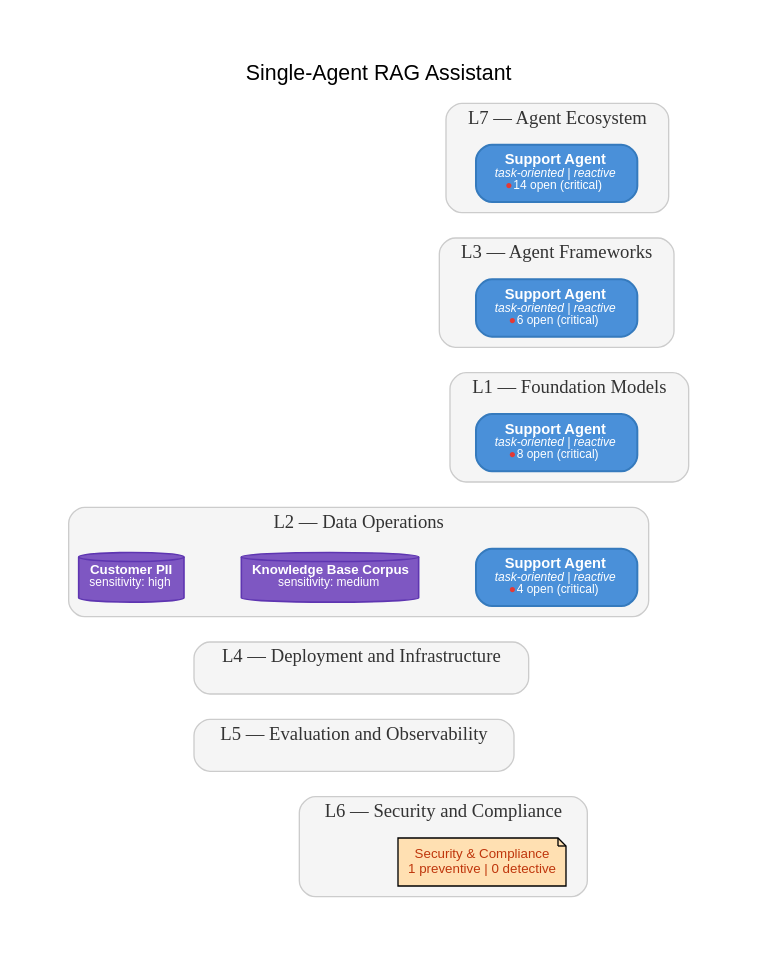
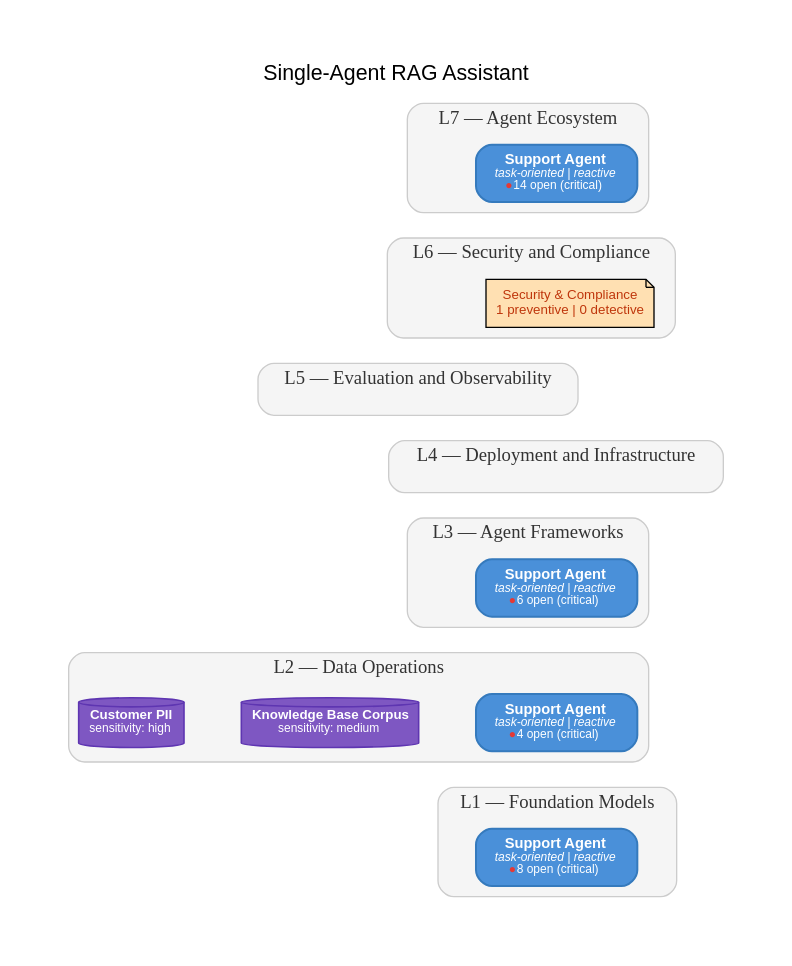
The diagram in 14 MAESTRO/single-agent-rag (toml)/layered__graphviz.dot (vulnex/usecvislib-gallery), drawn with Graphviz before and after one commit. The commit also changed 972 other files, not shown here.

```diff
--- a/14 MAESTRO/single-agent-rag (toml)/layered__graphviz.dot
+++ b/14 MAESTRO/single-agent-rag (toml)/layered__graphviz.dot
@@ -1,5 +1,5 @@
 digraph "Single-Agent RAG Assistant" {
-	graph [bb="0,0,481,637",
+	graph [bb="0,0,507,637",
 		bgcolor=white,
 		compound=true,
 		fontname=Arial,
@@ -7,7 +7,7 @@
 		label="Single-Agent RAG Assistant",
 		labelloc=t,
 		lheight=0.25,
-		lp="240.5,624",
+		lp="253.5,624",
 		lwidth=2.81,
 		nodesep=0.6,
 		pad=0.5,
@@ -17,7 +17,7 @@
 	];
 	node [label="\N"];
 	subgraph "cluster_agent-ecosystem" {
-		graph [bb="291,521,458,603",
+		graph [bb="262,521,443,603",
 			color="#cccccc",
 			fillcolor="#f5f5f5",
 			fontcolor="#333333",
@@ -25,7 +25,7 @@
 			fontsize=14,
 			label="L7 — Agent Ecosystem",
 			lheight=0.21,
-			lp="374.5,591.5",
+			lp="352.5,591.5",
 			lwidth=2.10,
 			penwidth=1,
 			style="filled,rounded"
@@ -43,9 +43,88 @@
 			shape=box,
 			style="filled,rounded",
 			width=1.6806];
+		"anchor_agent-ecosystem"	[height=0,
+			label="",
+			pos="270,550.5",
+			shape=point,
+			style=invis,
+			width=0];
+	}
+	subgraph cluster_security {
+		graph [bb="247,427,463,502",
+			color="#cccccc",
+			fillcolor="#f5f5f5",
+			fontcolor="#333333",
+			fontname="Arial Bold",
+			fontsize=14,
+			label="L6 — Security and Compliance",
+			lheight=0.21,
+			lp="355,490.5",
+			lwidth=2.78,
+			penwidth=1,
+			style="filled,rounded"
+		];
+		security_summary	[fillcolor="#ffe0b2",
+			fontcolor="#bf360c",
+			fontname=Arial,
+			fontsize=10,
+			height=0.5,
+			label="Security & Compliance\n1 preventive | 0 detective",
+			pos="384,453",
+			shape=note,
+			style=filled,
+			width=1.75];
+		anchor_security	[height=0,
+			label="",
+			pos="270,453",
+			shape=point,
+			style=invis,
+			width=0];
+	}
+	subgraph cluster_observability {
+		graph [bb="150,369,390,408",
+			color="#cccccc",
+			fillcolor="#f5f5f5",
+			fontcolor="#333333",
+			fontname="Arial Bold",
+			fontsize=14,
+			label="L5 — Evaluation and Observability",
+			lheight=0.21,
+			lp="270,396.5",
+			lwidth=3.11,
+			penwidth=1,
+			style="filled,rounded"
+		];
+		anchor_observability	[height=0,
+			label="",
+			pos="270,377",
+			shape=point,
+			style=invis,
+			width=0];
+	}
+	subgraph cluster_infrastructure {
+		graph [bb="248,311,499,350",
+			color="#cccccc",
+			fillcolor="#f5f5f5",
+			fontcolor="#333333",
+			fontname="Arial Bold",
+			fontsize=14,
+			label="L4 — Deployment and Infrastructure",
+			lheight=0.21,
+			lp="373.5,338.5",
+			lwidth=3.26,
+			penwidth=1,
+			style="filled,rounded"
+		];
+		anchor_infrastructure	[height=0,
+			label="",
+			pos="270,319",
+			shape=point,
+			style=invis,
+			width=0];
 	}
 	subgraph "cluster_agent-frameworks" {
-		graph [bb="286,420,462,502",
+		graph [bb="262,210,443,292",
 			color="#cccccc",
 			fillcolor="#f5f5f5",
 			fontcolor="#333333",
@@ -53,7 +132,7 @@
 			fontsize=14,
 			label="L3 — Agent Frameworks",
 			lheight=0.21,
-			lp="374,490.5",
+			lp="352.5,280.5",
 			lwidth=2.22,
 			penwidth=1,
 			style="filled,rounded"
@@ -67,13 +146,71 @@
 			label=<<B>Support Agent</B><BR/><FONT POINT-SIZE='9'><I>task-oriented | reactive</I></FONT><BR/><FONT POINT-SIZE='9'><FONT COLOR='#e53935'>●</FONT> 6 open (critical)</FONT>>,
 			margin="0.2,0.1",
 			penwidth=1.5,
-			pos="374,449.5",
+			pos="374,239.5",
 			shape=box,
 			style="filled,rounded",
 			width=1.6806];
+		"anchor_agent-frameworks"	[height=0,
+			label="",
+			pos="270,239.5",
+			shape=point,
+			style=invis,
+			width=0];
+	}
+	subgraph "cluster_data-operations" {
+		graph [bb="8,109,443,191",
+			color="#cccccc",
+			fillcolor="#f5f5f5",
+			fontcolor="#333333",
+			fontname="Arial Bold",
+			fontsize=14,
+			label="L2 — Data Operations",
+			lheight=0.21,
+			lp="225.5,179.5",
+			lwidth=1.99,
+			penwidth=1,
+			style="filled,rounded"
+		];
+		"support_agent__data-operations"	[color="#357abd",
+			fillcolor="#4a90d9",
+			fontcolor=white,
+			fontname=Arial,
+			fontsize=11,
+			height=0.59722,
+			label=<<B>Support Agent</B><BR/><FONT POINT-SIZE='9'><I>task-oriented | reactive</I></FONT><BR/><FONT POINT-SIZE='9'><FONT COLOR='#e53935'>●</FONT> 4 open (critical)</FONT>>,
+			margin="0.2,0.1",
+			penwidth=1.5,
+			pos="374,138.5",
+			shape=box,
+			style="filled,rounded",
+			width=1.6806];
+		asset_kb_corpus	[color="#5e35b1",
+			fillcolor="#7e57c2",
+			fontcolor=white,
+			fontname=Arial,
+			fontsize=10,
+			height=0.51562,
+			label=<<B>Knowledge Base Corpus</B><BR/><FONT POINT-SIZE='9'>sensitivity: medium</FONT>>,
+			penwidth=1.2,
+			pos="204,138.5",
+			shape=cylinder,
+			style=filled,
+			width=1.8472];
+		asset_customer_pii	[color="#5e35b1",
+			fillcolor="#7e57c2",
+			fontcolor=white,
+			fontname=Arial,
+			fontsize=10,
+			height=0.51562,
+			label=<<B>Customer PII</B><BR/><FONT POINT-SIZE='9'>sensitivity: high</FONT>>,
+			penwidth=1.2,
+			pos="55,138.5",
+			shape=cylinder,
+			style=filled,
+			width=1.0972];
 	}
 	subgraph "cluster_foundation-models" {
-		graph [bb="294,319,473,401",
+		graph [bb="285,8,464,90",
 			color="#cccccc",
 			fillcolor="#f5f5f5",
 			fontcolor="#333333",
@@ -81,7 +218,7 @@
 			fontsize=14,
 			label="L1 — Foundation Models",
 			lheight=0.21,
-			lp="383.5,389.5",
+			lp="374.5,78.5",
 			lwidth=2.26,
 			penwidth=1,
 			style="filled,rounded"
@@ -95,152 +232,27 @@
 			label=<<B>Support Agent</B><BR/><FONT POINT-SIZE='9'><I>task-oriented | reactive</I></FONT><BR/><FONT POINT-SIZE='9'><FONT COLOR='#e53935'>●</FONT> 8 open (critical)</FONT>>,
 			margin="0.2,0.1",
 			penwidth=1.5,
-			pos="374,348.5",
+			pos="374,37.5",
 			shape=box,
 			style="filled,rounded",
 			width=1.6806];
 	}
-	subgraph "cluster_data-operations" {
-		graph [bb="8,218,443,300",
-			color="#cccccc",
-			fillcolor="#f5f5f5",
-			fontcolor="#333333",
-			fontname="Arial Bold",
-			fontsize=14,
-			label="L2 — Data Operations",
-			lheight=0.21,
-			lp="225.5,288.5",
-			lwidth=1.99,
-			penwidth=1,
-			style="filled,rounded"
-		];
-		"support_agent__data-operations"	[color="#357abd",
-			fillcolor="#4a90d9",
-			fontcolor=white,
-			fontname=Arial,
-			fontsize=11,
-			height=0.59722,
-			label=<<B>Support Agent</B><BR/><FONT POINT-SIZE='9'><I>task-oriented | reactive</I></FONT><BR/><FONT POINT-SIZE='9'><FONT COLOR='#e53935'>●</FONT> 4 open (critical)</FONT>>,
-			margin="0.2,0.1",
-			penwidth=1.5,
-			pos="374,247.5",
-			shape=box,
-			style="filled,rounded",
-			width=1.6806];
-		asset_kb_corpus	[color="#5e35b1",
-			fillcolor="#7e57c2",
-			fontcolor=white,
-			fontname=Arial,
-			fontsize=10,
-			height=0.51562,
-			label=<<B>Knowledge Base Corpus</B><BR/><FONT POINT-SIZE='9'>sensitivity: medium</FONT>>,
-			penwidth=1.2,
-			pos="204,247.5",
-			shape=cylinder,
-			style=filled,
-			width=1.8472];
-		asset_customer_pii	[color="#5e35b1",
-			fillcolor="#7e57c2",
-			fontcolor=white,
-			fontname=Arial,
-			fontsize=10,
-			height=0.51562,
-			label=<<B>Customer PII</B><BR/><FONT POINT-SIZE='9'>sensitivity: high</FONT>>,
-			penwidth=1.2,
-			pos="55,247.5",
-			shape=cylinder,
-			style=filled,
-			width=1.0972];
-	}
-	subgraph cluster_infrastructure {
-		graph [bb="102,160,353,199",
-			color="#cccccc",
-			fillcolor="#f5f5f5",
-			fontcolor="#333333",
-			fontname="Arial Bold",
-			fontsize=14,
-			label="L4 — Deployment and Infrastructure",
-			lheight=0.21,
-			lp="227.5,187.5",
-			lwidth=3.26,
-			penwidth=1,
-			style="filled,rounded"
-		];
-		anchor_infrastructure	[height=0,
-			label="",
-			pos="204,168",
-			shape=point,
-			style=invis,
-			width=0];
-	}
-	subgraph cluster_observability {
-		graph [bb="102,102,342,141",
-			color="#cccccc",
-			fillcolor="#f5f5f5",
-			fontcolor="#333333",
-			fontname="Arial Bold",
-			fontsize=14,
-			label="L5 — Evaluation and Observability",
-			lheight=0.21,
-			lp="222,129.5",
-			lwidth=3.11,
-			penwidth=1,
-			style="filled,rounded"
-		];
-		anchor_observability	[height=0,
-			label="",
-			pos="204,110",
-			shape=point,
-			style=invis,
-			width=0];
-	}
-	subgraph cluster_security {
-		graph [bb="181,8,397,83",
-			color="#cccccc",
-			fillcolor="#f5f5f5",
-			fontcolor="#333333",
-			fontname="Arial Bold",
-			fontsize=14,
-			label="L6 — Security and Compliance",
-			lheight=0.21,
-			lp="289,71.5",
-			lwidth=2.78,
-			penwidth=1,
-			style="filled,rounded"
-		];
-		security_summary	[fillcolor="#ffe0b2",
-			fontcolor="#bf360c",
-			fontname=Arial,
-			fontsize=10,
-			height=0.5,
-			label="Security & Compliance\n1 preventive | 0 detective",
-			pos="318,34",
-			shape=note,
-			style=filled,
-			width=1.75];
-		anchor_security	[height=0,
-			label="",
-			pos="204,34",
-			shape=point,
-			style=invis,
-			width=0];
-	}
-	"support_agent__agent-ecosystem" -> "support_agent__agent-frameworks"	[pos="e,374,471.33 374,528.99 374,515.27 374,496.98 374,481.5",
+	"anchor_agent-ecosystem" -> anchor_security	[pos="e,270,454.07 270,549.43 270,547.14 270,488.6 270,464.36",
 		style=invis,
 		weight=10];
-	"support_agent__agent-frameworks" -> "support_agent__foundation-models"	[pos="e,374,370.33 374,427.99 374,414.27 374,395.98 374,380.5",
+	anchor_security -> anchor_observability	[pos="e,270,378.05 270,451.95 270,450.24 270,408.27 270,388.33",
 		style=invis,
 		weight=10];
-	"support_agent__foundation-models" -> "support_agent__data-operations"	[pos="e,374,269.33 374,326.99 374,313.27 374,294.98 374,279.5",
+	anchor_observability -> anchor_infrastructure	[pos="e,270,320.15 270,375.84 270,373.48 270,345.65 270,330.19",
 		style=invis,
 		weight=10];
-	asset_kb_corpus -> anchor_infrastructure	[pos="e,204,169.11 204,228.91 204,213.69 204,192.17 204,179.49",
+	anchor_infrastructure -> "anchor_agent-frameworks"	[pos="e,270,240.55 270,317.94 270,316.14 270,271.31 270,250.7",
 		style=invis,
 		weight=10];
-	anchor_infrastructure -> anchor_observability	[pos="e,204,111.15 204,166.84 204,164.48 204,136.65 204,121.19",
+	"support_agent__agent-frameworks" -> "support_agent__data-operations"	[pos="e,374,160.33 374,217.99 374,204.27 374,185.98 374,170.5",
 		style=invis,
 		weight=10];
-	anchor_observability -> anchor_security	[pos="e,204,35.052 204,108.95 204,107.24 204,65.269 204,45.333",
+	"support_agent__data-operations" -> "support_agent__foundation-models"	[pos="e,374,59.327 374,116.99 374,103.27 374,84.978 374,69.501",
 		style=invis,
 		weight=10];
 }
```
